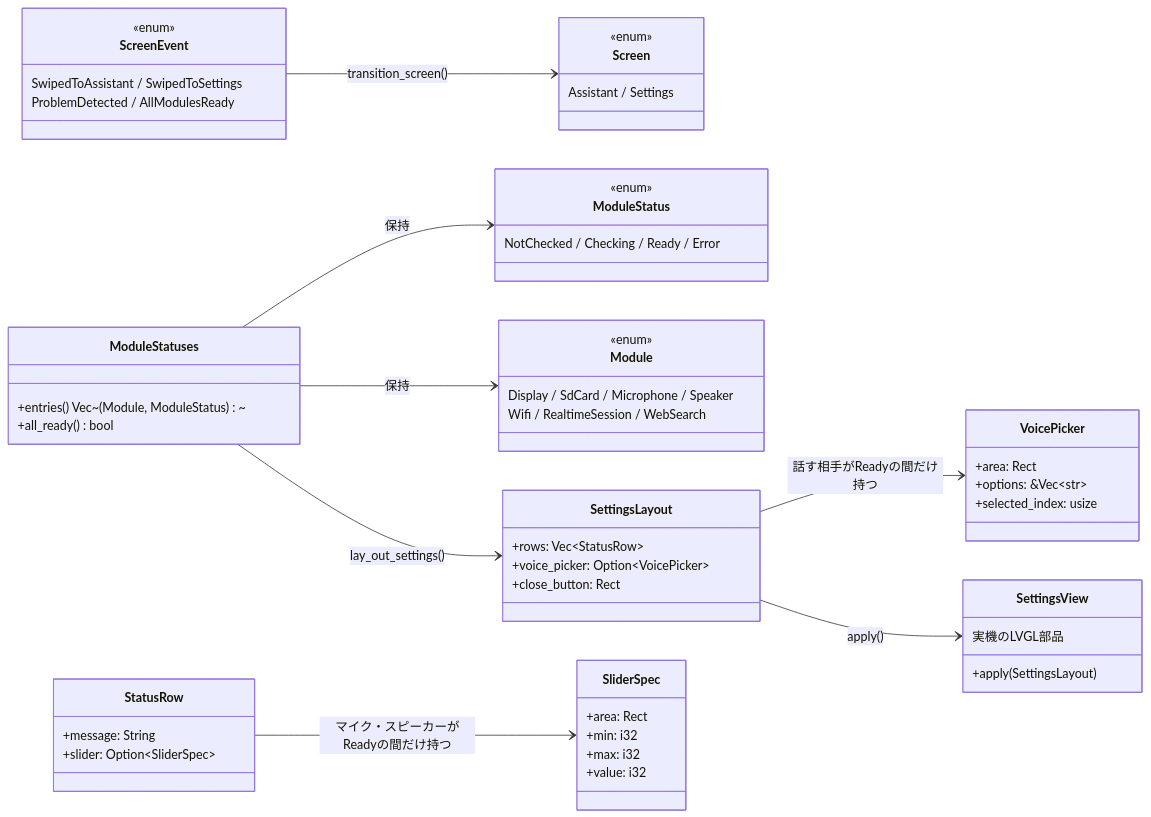
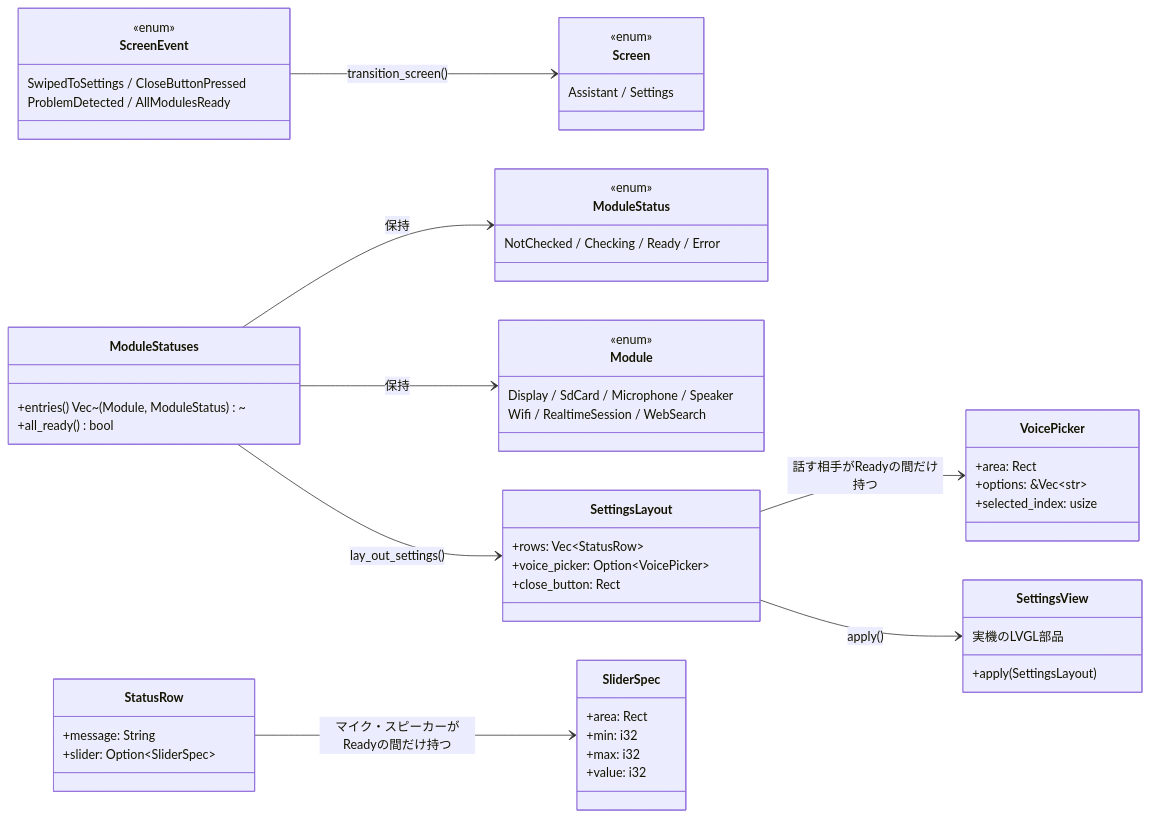
Before and after one commit to kibou-vision/m5a: the diagram in docs/design/settings.md, drawn with Mermaid. The commit also changed other lines of this file and 4 other files, not shown here.

````diff
--- a/docs/design/settings.md
+++ b/docs/design/settings.md
@@ -7,69 +7,69 @@
 ```mermaid
 classDiagram
   direction LR
 
   class Screen {
     <<enum>>
     Assistant / Settings
   }
 
   class ScreenEvent {
     <<enum>>
-    SwipedToAssistant / SwipedToSettings
+    SwipedToSettings / CloseButtonPressed
     ProblemDetected / AllModulesReady
   }
 
   class Module {
     <<enum>>
     Display / SdCard / Microphone / Speaker
     Wifi / RealtimeSession / WebSearch
   }
 
   class ModuleStatus {
     <<enum>>
     NotChecked / Checking / Ready / Error
   }
 
   class ModuleStatuses {
     +entries() Vec~(Module, ModuleStatus)~
     +all_ready() bool
   }
 
   class StatusRow {
     +message: String
     +slider: Option~SliderSpec~
   }
 
   class SliderSpec {
     +area: Rect
     +min: i32
     +max: i32
     +value: i32
   }
 
   class VoicePicker {
     +area: Rect
     +options: &Vec~str~
     +selected_index: usize
   }
 
   class SettingsLayout {
     +rows: Vec~StatusRow~
     +voice_picker: Option~VoicePicker~
     +close_button: Rect
   }
 
   StatusRow --> SliderSpec : マイク・スピーカーがReadyの間だけ持つ
   SettingsLayout --> VoicePicker : 話す相手がReadyの間だけ持つ
 
   class SettingsView {
     実機のLVGL部品
     +apply(SettingsLayout)
   }
 
   ModuleStatuses --> ModuleStatus : 保持
   ModuleStatuses --> Module : 保持
   ModuleStatuses --> SettingsLayout : lay_out_settings()
   SettingsLayout --> SettingsView : apply()
   ScreenEvent --> Screen : transition_screen()
 ```
````
